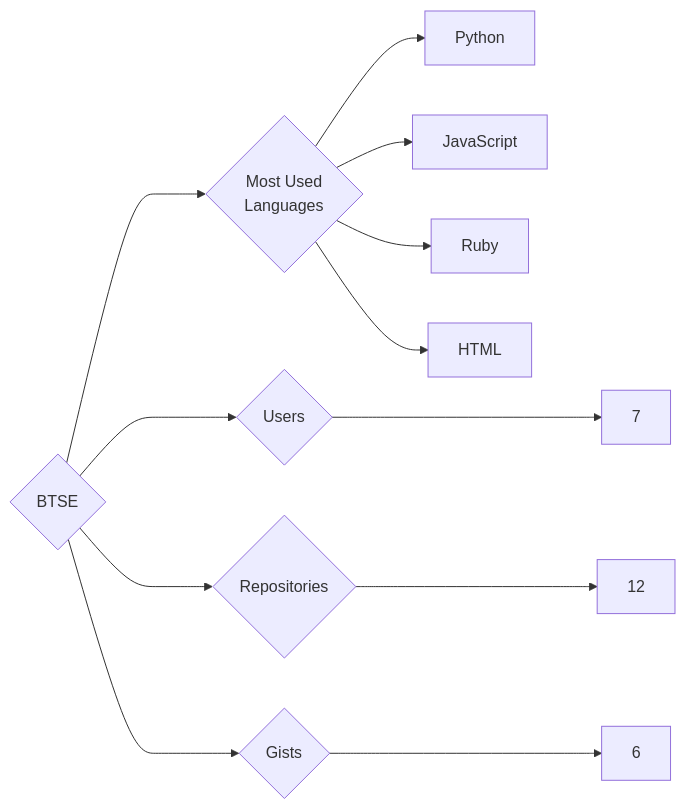
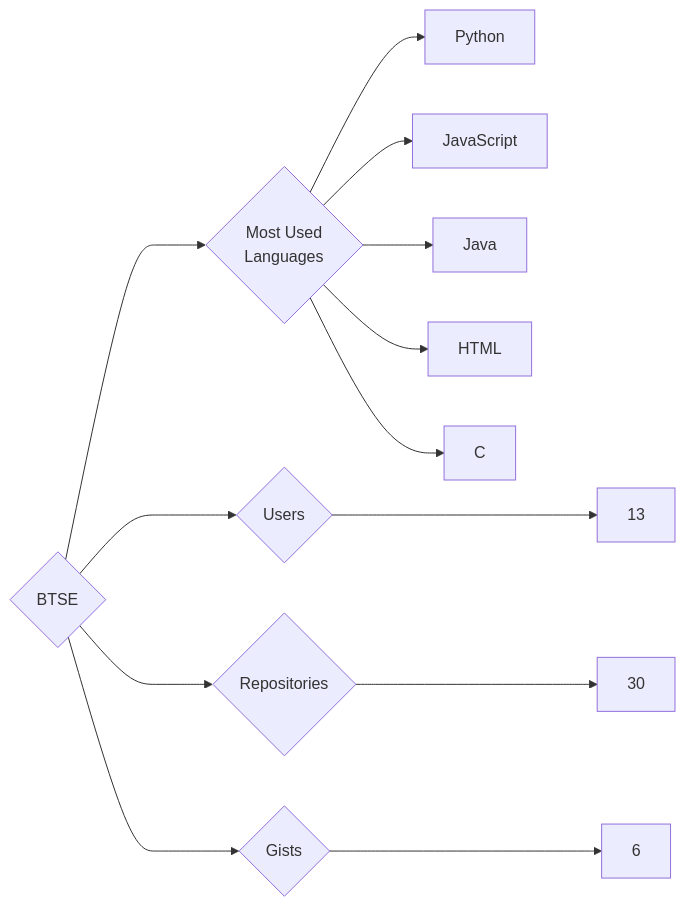
The diagram in targets/BTSE/README.md (trickest/insiders), drawn with Mermaid before and after one commit. The commit also changed 1167 other files, not shown here.

````diff
--- a/targets/BTSE/README.md
+++ b/targets/BTSE/README.md
@@ -3,12 +3,13 @@
 ```mermaid
 graph LR
 COMPANY_NAME{BTSE}
-COMPANY_NAME ---> U{Users} ---> UN[7]
-COMPANY_NAME ---> R{Repositories} ---> RN[12]
+COMPANY_NAME ---> U{Users} ---> UN[13]
+COMPANY_NAME ---> R{Repositories} ---> RN[30]
 COMPANY_NAME ---> G{Gists} ---> GN[6]
 COMPANY_NAME ---> ML{Most Used<br>Languages}
 ML --> Python[Python]
 ML --> JavaScript[JavaScript]
-ML --> Ruby[Ruby]
+ML --> Java[Java]
 ML --> HTML[HTML]
+ML --> C[C]
 ```
````
